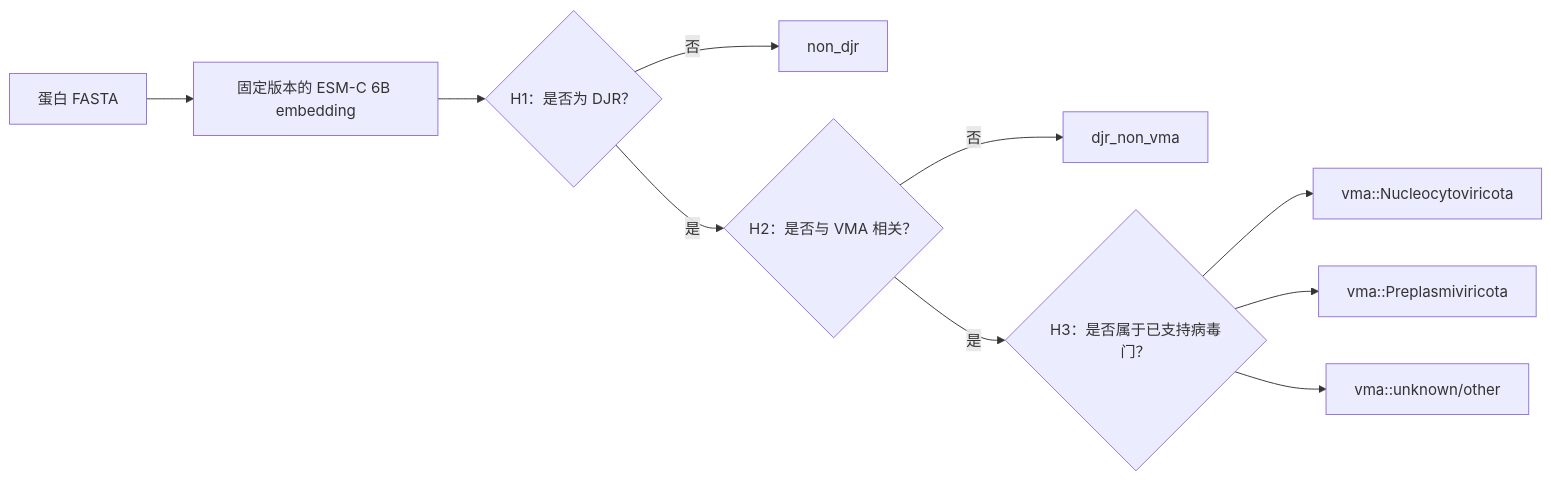
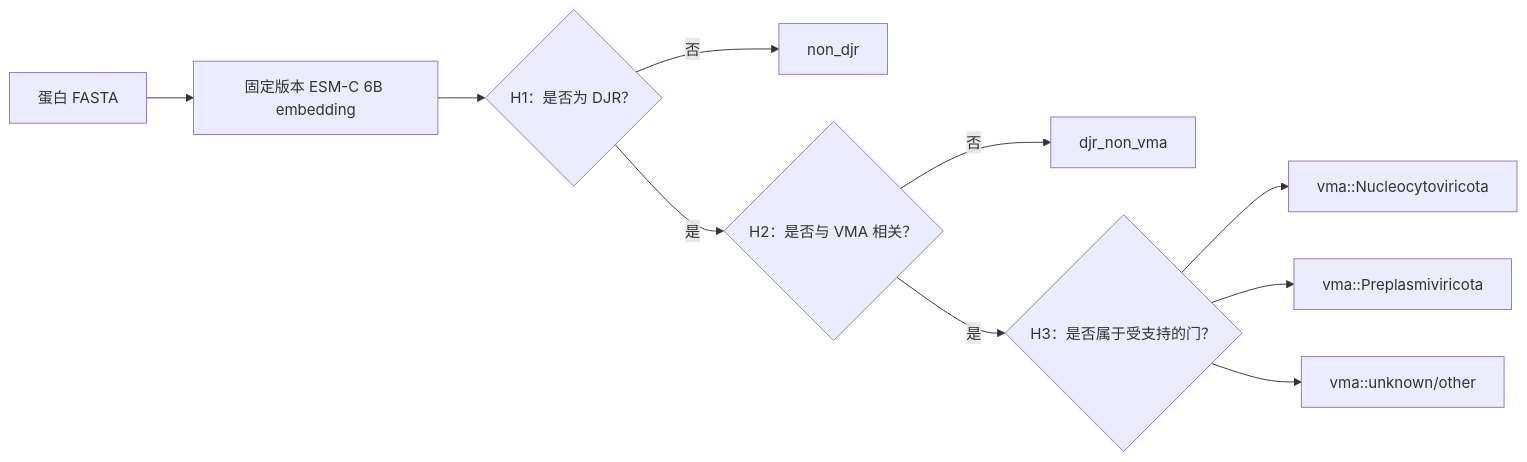
The diagram in README.cn.md (Hongda-Zhao/DJR-MCP-Finder), drawn with Mermaid before and after one commit. The commit also changed other lines of this file and 36 other files, not shown here.

````diff
--- a/README.cn.md
+++ b/README.cn.md
@@ -19,12 +19,12 @@
 ```mermaid
 flowchart LR
-    A["蛋白 FASTA"] --> B["固定版本的 ESM-C 6B embedding"]
+    A["蛋白 FASTA"] --> B["固定版本 ESM-C 6B embedding"]
     B --> H1{"H1：是否为 DJR？"}
     H1 -- "否" --> N["non_djr"]
     H1 -- "是" --> H2{"H2：是否与 VMA 相关？"}
     H2 -- "否" --> D["djr_non_vma"]
-    H2 -- "是" --> H3{"H3：是否属于已支持病毒门？"}
+    H2 -- "是" --> H3{"H3：是否属于受支持的门？"}
     H3 --> P1["vma::Nucleocytoviricota"]
     H3 --> P2["vma::Preplasmiviricota"]
     H3 --> U["vma::unknown/other"]
 ```
````
